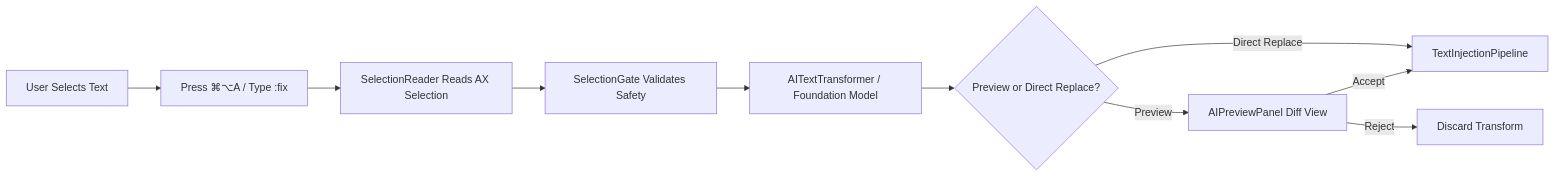
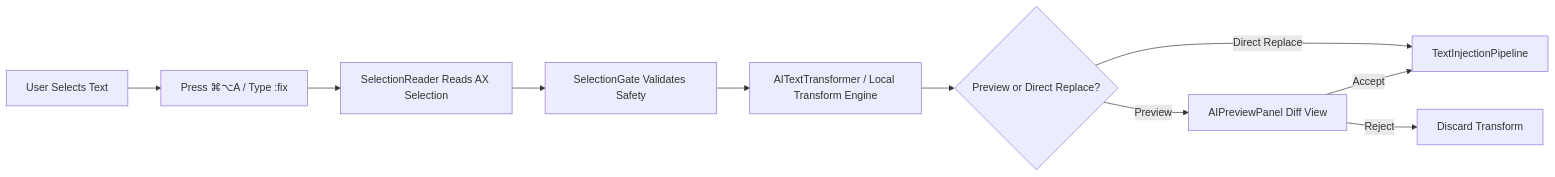
One commit to bharathvbcr/DevType changed the third of 3 diagrams in docs/ARCHITECTURE.md. Above: the diagram before and after it, drawn with Mermaid. The commit also changed other lines of this file and 44 other files, not shown here.

````diff
--- a/docs/ARCHITECTURE.md
+++ b/docs/ARCHITECTURE.md
@@ -151,12 +152,12 @@
 ```mermaid
 graph LR
     Highlight[User Selects Text] --> Hotkey[Press ⌘⌥A / Type :fix]
     Hotkey --> SelectionReader[SelectionReader Reads AX Selection]
     SelectionReader --> Gate[SelectionGate Validates Safety]
-    Gate --> Transformer[AITextTransformer / Foundation Model]
+    Gate --> Transformer[AITextTransformer / Local Transform Engine]
     Transformer --> Preview{Preview or Direct Replace?}
     Preview -- Direct Replace --> Pipeline[TextInjectionPipeline]
     Preview -- Preview --> DiffUI[AIPreviewPanel Diff View]
     DiffUI -- Accept --> Pipeline
     DiffUI -- Reject --> Discard[Discard Transform]
 ```
````
